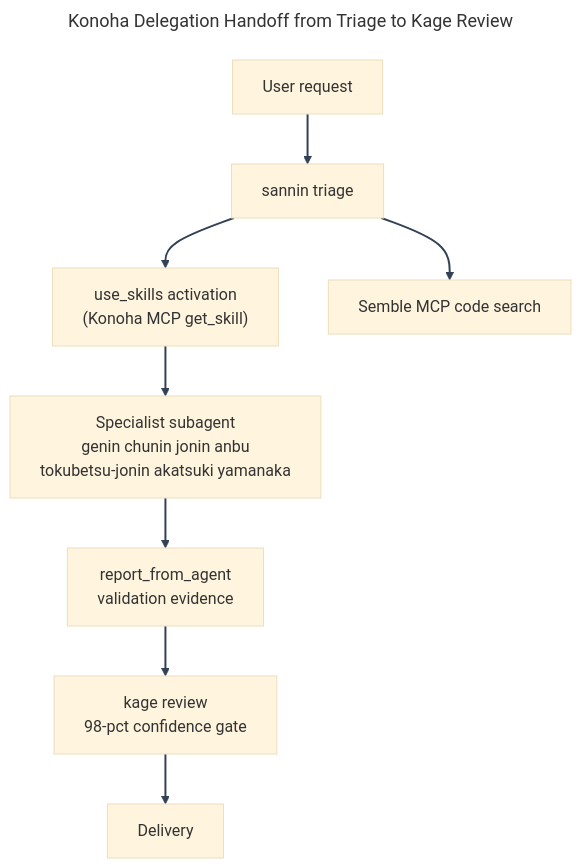
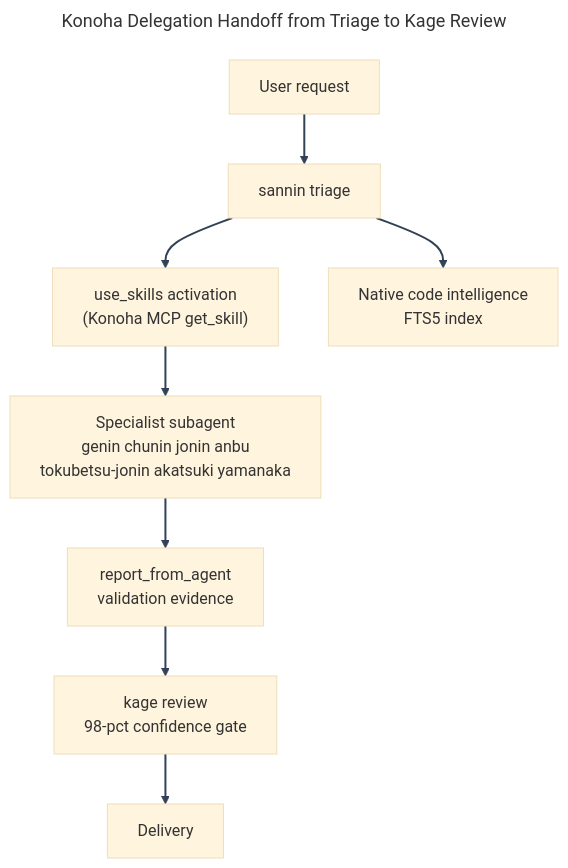
The second of 2 diagrams in README.md (andycungkrinx91/konoha), drawn with Mermaid before and after one commit. The commit also changed other lines of this file and 25 other files, not shown here.

First line of the commit message:
docs: propagate the native code intelligence change through the live surface

````diff
--- a/README.md
+++ b/README.md
@@ -189,21 +189,21 @@
 ```mermaid
 ---
 title: Konoha Delegation Handoff from Triage to Kage Review
 config:
   theme: base
   themeVariables:
     fontFamily: 'Inter, system-ui, sans-serif'
   flowchart:
     wrappingWidth: 380
 ---
 flowchart TB
     Prompt["User request"] --> Router["sannin triage"]
     Router --> Activate["use_skills activation<br/>(Konoha MCP get_skill)"]
     Activate --> Worker["Specialist subagent<br/>genin chunin jonin anbu<br/>tokubetsu-jonin akatsuki yamanaka"]
-    Router --> SembleMCP["Semble MCP code search"]
+    Router --> CodeIntel["Native code intelligence<br/>FTS5 index"]
     Worker --> Evidence["report_from_agent<br/>validation evidence"]
     Evidence --> KageGate["kage review<br/>98-pct confidence gate"]
     KageGate --> Delivery["Delivery"]
 
     linkStyle default stroke:#334155,stroke-width:2px;
 ```
````
